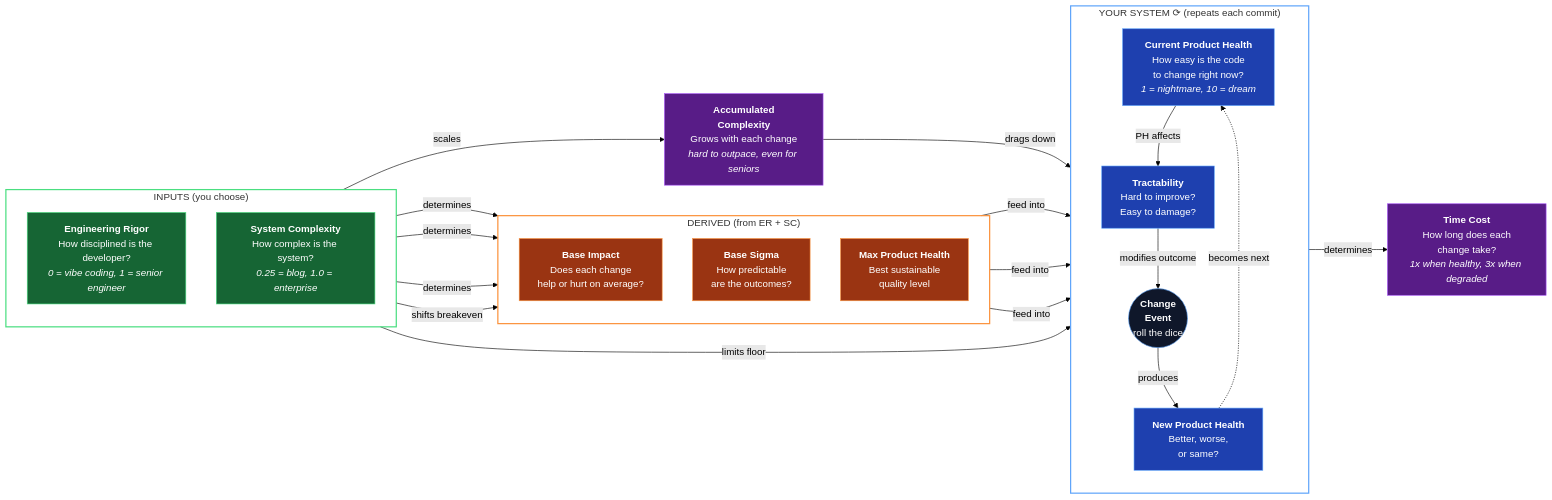
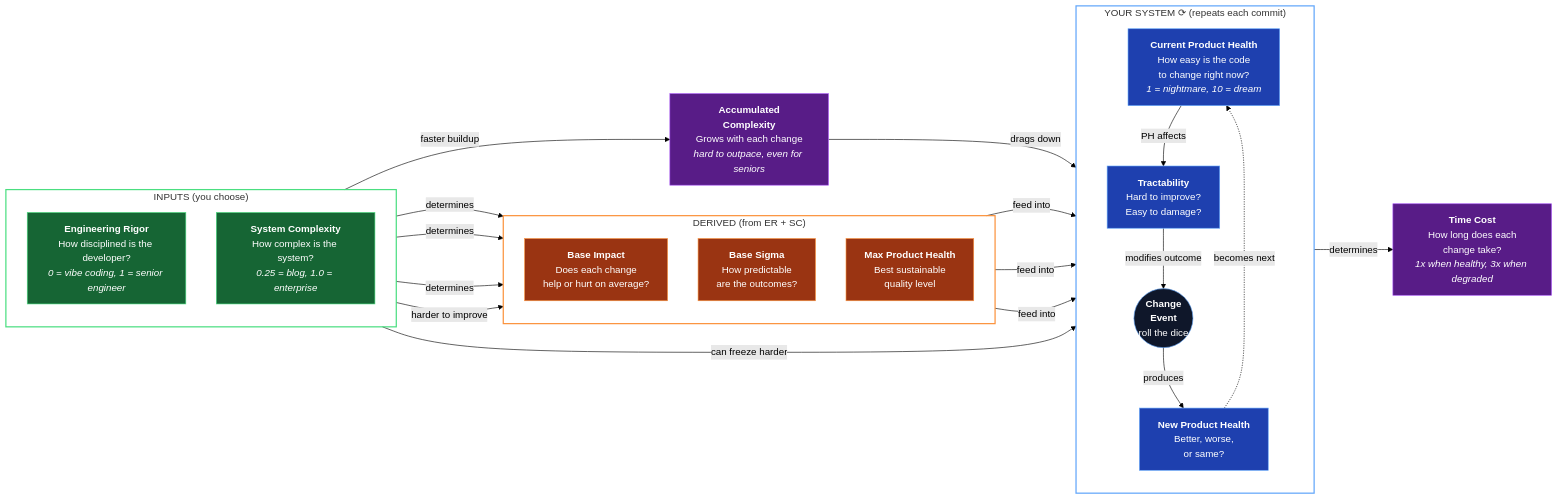
One commit to dawid-dahl-umain/product-health-dynamics changed the diagram in README.md. Above: the diagram before and after it, drawn with Mermaid (forest theme).

Commit message:
docs: refine README flowchart terminology to clarify the impact of system changes on breakeven, stability, and accumulation

````diff
--- a/README.md
+++ b/README.md
@@ -67,55 +67,55 @@
 ```mermaid
 flowchart LR
     subgraph inputs ["INPUTS (you choose)"]
         direction TB
         ER["<b>Engineering Rigor</b><br/>How disciplined is the developer?<br/><i>0 = vibe coding, 1 = senior engineer</i>"]
         SC["<b>System Complexity</b><br/>How complex is the system?<br/><i>0.25 = blog, 1.0 = enterprise</i>"]
     end
 
     subgraph derived ["DERIVED (from ER + SC)"]
         direction TB
         BI["<b>Base Impact</b><br/>Does each change<br/>help or hurt on average?"]
         BS["<b>Base Sigma</b><br/>How predictable<br/>are the outcomes?"]
         MH["<b>Max Product Health</b><br/>Best sustainable<br/>quality level"]
     end
 
     subgraph loop ["YOUR SYSTEM ⟳ (repeats each commit)"]
         direction TB
         PH["<b>Current Product Health</b><br/>How easy is the code<br/>to change right now?<br/><i>1 = nightmare, 10 = dream</i>"]
         SS["<b>Tractability</b><br/>Hard to improve?<br/>Easy to damage?"]
         CE(("<b>Change</b><br/><b>Event</b><br/>roll the dice"))
         NPH["<b>New Product Health</b><br/>Better, worse,<br/>or same?"]
 
         PH -->|"PH affects"| SS
         SS -->|"modifies outcome"| CE
         CE -->|"produces"| NPH
         NPH -.->|"becomes next"| PH
     end
 
     AC["<b>Accumulated</b><br/><b>Complexity</b><br/>Grows with each change<br/><i>hard to outpace, even for seniors</i>"]
     TC["<b>Time Cost</b><br/>How long does each<br/>change take?<br/><i>1x when healthy, 3x when degraded</i>"]
 
     ER -->|"determines"| BI & BS & MH
-    SC -->|"shifts breakeven"| BI
-    SC -->|"limits floor"| SS
-    SC -->|"scales"| AC
+    SC -->|"harder to improve"| BI
+    SC -->|"can freeze harder"| SS
+    SC -->|"faster buildup"| AC
     BI & BS & MH -->|"feed into"| CE
     AC -->|"drags down"| CE
     SS -->|"determines"| TC
 
     style inputs fill:none,stroke:#4ade80,stroke-width:2px
     style derived fill:none,stroke:#fb923c,stroke-width:2px
     style loop fill:none,stroke:#60a5fa,stroke-width:2px
 
     classDef inputNode fill:#166534,stroke:#4ade80,color:#fff
     classDef derivedNode fill:#9a3412,stroke:#fb923c,color:#fff
     classDef loopNode fill:#1e40af,stroke:#60a5fa,color:#fff
     classDef timeNode fill:#581c87,stroke:#a855f7,color:#fff
     classDef eventNode fill:#0f172a,stroke:#60a5fa,color:#fff
 
     class ER,SC inputNode
     class BI,BS,MH derivedNode
     class PH,SS,NPH loopNode
     class CE eventNode
     class AC,TC timeNode
 ```
````
